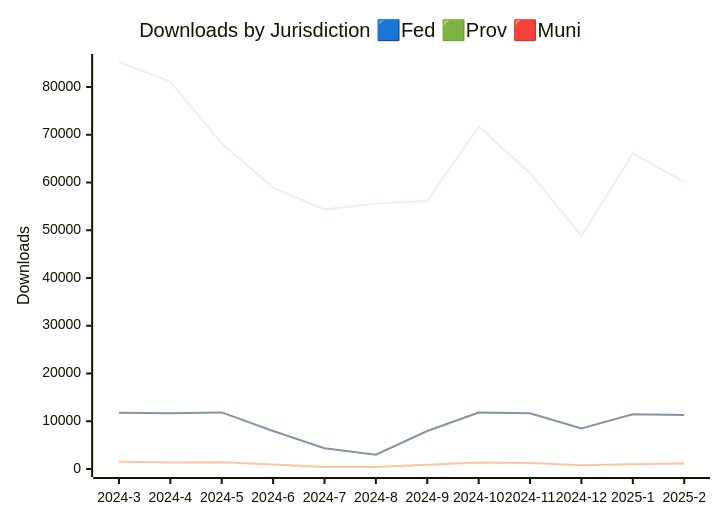
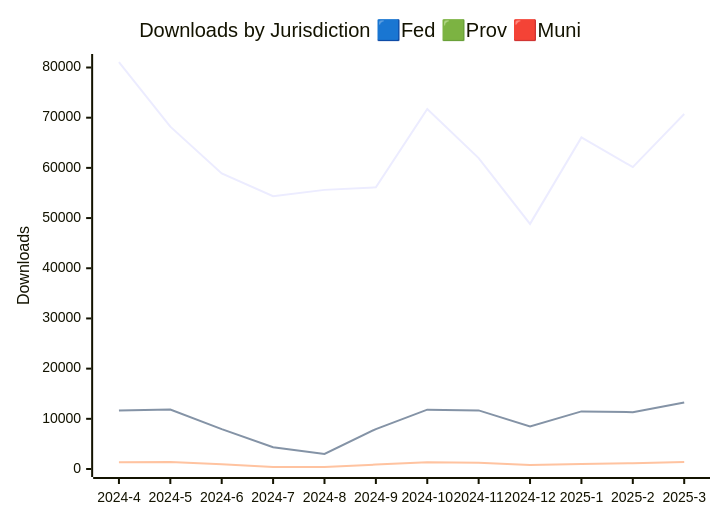
The diagram in JURISDICTION_ANALYTICS_REPORT/readme.md (open-data/analytics-corporate-reporting), drawn with Mermaid before and after one commit. The commit also changed 3 other files, not shown here.

````diff
--- a/JURISDICTION_ANALYTICS_REPORT/readme.md
+++ b/JURISDICTION_ANALYTICS_REPORT/readme.md
@@ -4,10 +4,10 @@
 ```mermaid
 
 xychart-beta
     title "Downloads by Jurisdiction 🟦Fed 🟩Prov 🟥Muni"
-    x-axis [2024-3, 2024-4, 2024-5, 2024-6, 2024-7, 2024-8, 2024-9, 2024-10, 2024-11, 2024-12, 2025-1, 2025-2]
-    y-axis "Downloads" 0 --> 85237
-    line [85227, 81084, 68214, 58904, 54373, 55617, 56111, 71724, 61952, 48844, 66056, 60154]
-    line [11795, 11669, 11858, 7954, 4347, 2998, 7960, 11823, 11673, 8477, 11479, 11324]
-    line [1499, 1356, 1397, 923, 416, 398, 879, 1358, 1267, 801, 1001, 1170]
+    x-axis [2024-4, 2024-5, 2024-6, 2024-7, 2024-8, 2024-9, 2024-10, 2024-11, 2024-12, 2025-1, 2025-2, 2025-3]
+    y-axis "Downloads" 0 --> 81097
+    line [81087, 68214, 58904, 54373, 55617, 56111, 71730, 61955, 48845, 66058, 60156, 70731]
+    line [11669, 11858, 7954, 4347, 2998, 7960, 11823, 11673, 8477, 11479, 11324, 13256]
+    line [1356, 1397, 923, 416, 398, 879, 1358, 1267, 801, 1001, 1170, 1408]
 ```
````
